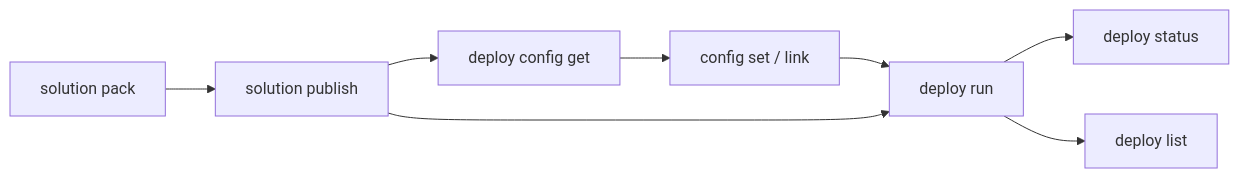
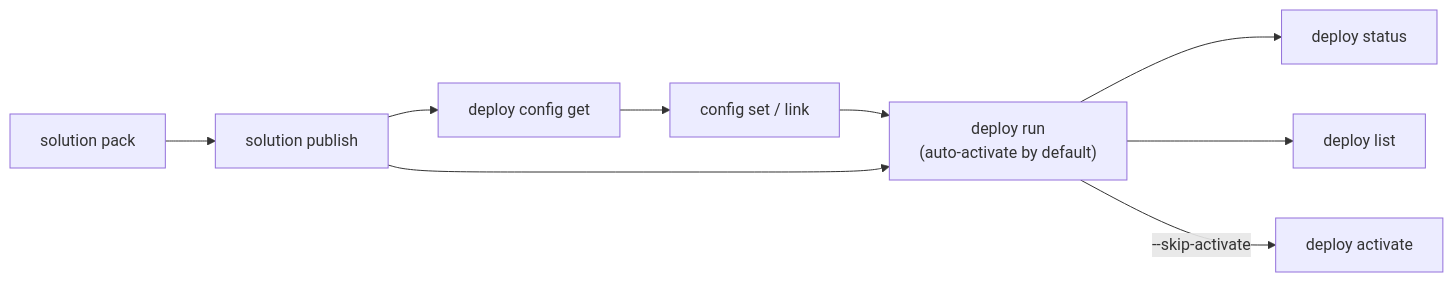
The diagram in skills/uipath-platform/references/solution/pack-and-deploy.md (UiPath/skills), drawn with Mermaid before and after one commit. The commit also changed other lines of this file and 4 other files, not shown here.

First line of the commit message:
docs(uipath-platform): reflect CLI 1.0 changes — users import, deploy auto-activate, project list, --name filter

````diff
--- a/skills/uipath-platform/references/solution/pack-and-deploy.md
+++ b/skills/uipath-platform/references/solution/pack-and-deploy.md
@@ -20,10 +20,11 @@
 ```mermaid
 graph LR
     A[solution pack] --> B[solution publish]
     B --> C[deploy config get]
     C --> D[config set / link]
-    D --> E[deploy run]
+    D --> E["deploy run<br/>(auto-activate by default)"]
     B --> E
     E --> F[deploy status]
     E --> G[deploy list]
+    E -->|--skip-activate| H[deploy activate]
 ```
````
